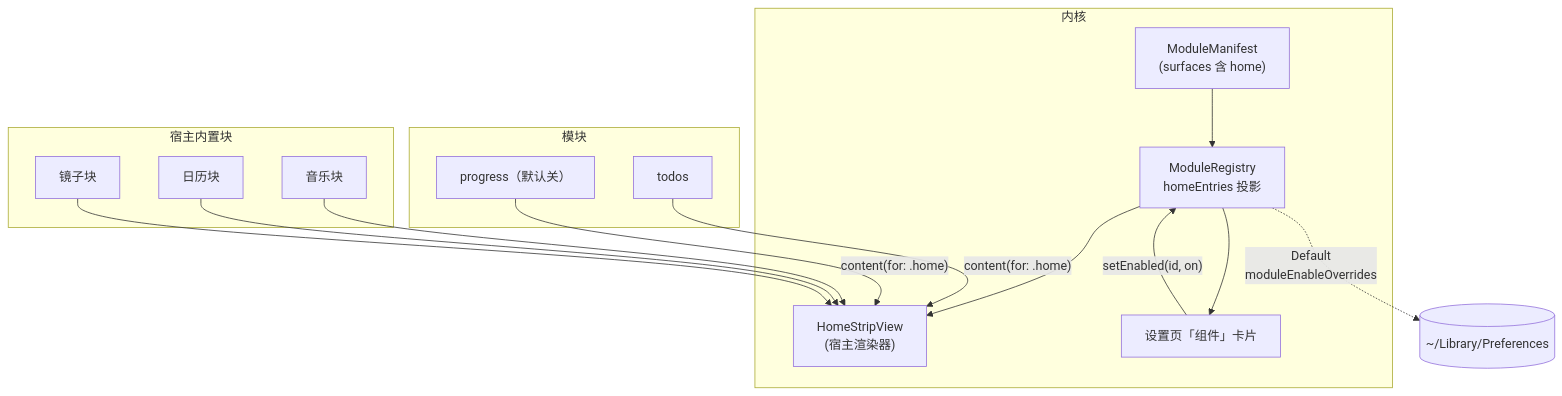
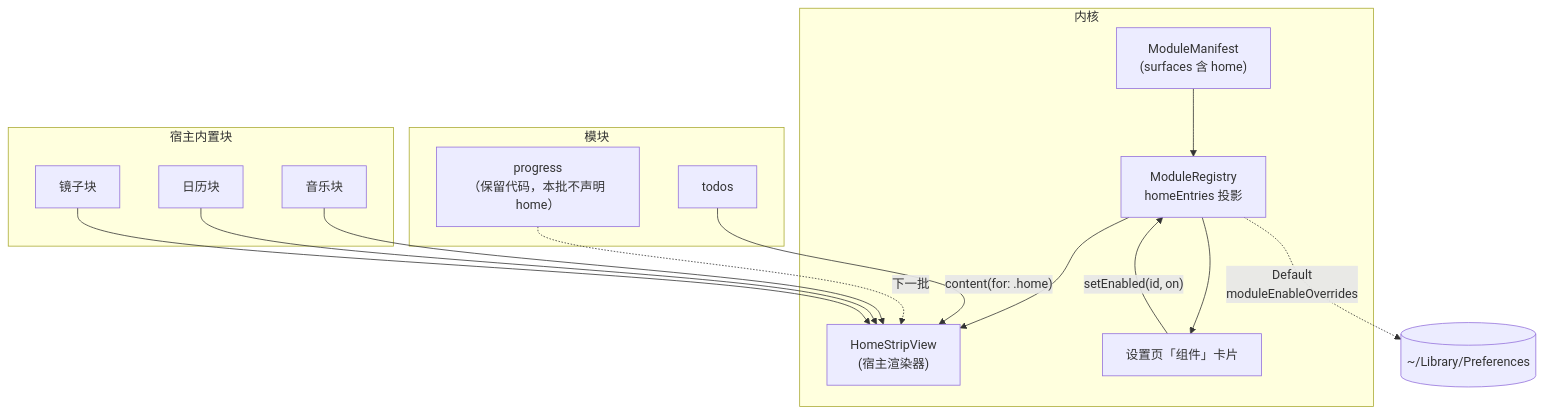
One commit to cmeng-CM/Gourd changed the first of 3 diagrams in docs/17-nookx-adoption.md. Above: the diagram before and after it, drawn with Mermaid. The commit also changed other lines of this file, not shown here.

````diff
--- a/docs/17-nookx-adoption.md
+++ b/docs/17-nookx-adoption.md
@@ -58,19 +58,19 @@
 ```mermaid
 flowchart TB
     subgraph 内核
         MF["ModuleManifest<br/>(surfaces 含 home)"] --> REG["ModuleRegistry<br/>homeEntries 投影"]
         REG --> STRIP["HomeStripView<br/>(宿主渲染器)"]
         REG --> SET["设置页「组件」卡片"]
         SET -->|"setEnabled(id, on)"| REG
     end
     subgraph 模块
         T["todos"] -->|"content(for: .home)"| STRIP
-        P["progress（默认关）"] -->|"content(for: .home)"| STRIP
+        P["progress<br/>（保留代码，本批不声明 home）"] -.->|"下一批"| STRIP
     end
     subgraph 宿主内置块
         MU["音乐块"] --> STRIP
         CA["日历块"] --> STRIP
         MI["镜子块"] --> STRIP
     end
     REG -.->|"Default<br/>moduleEnableOverrides"| DISK[("~/Library/Preferences")]
 ```
````
